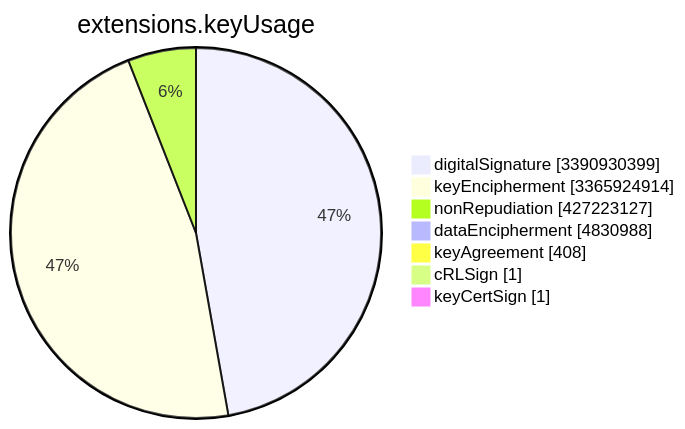
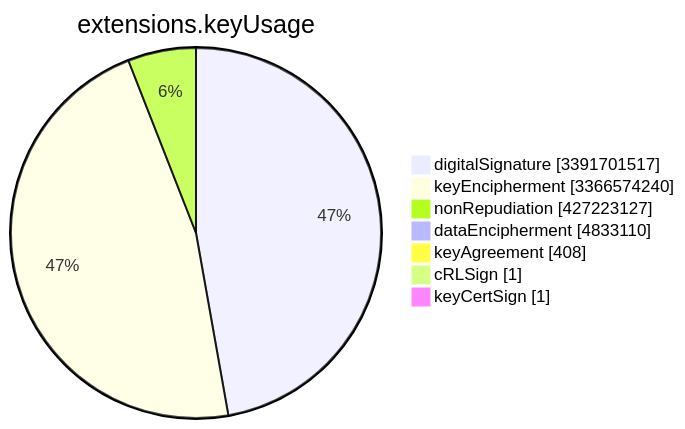
Before and after one commit to christiankrug/ctmonitor_visualization: the sixth of 15 diagrams in TOTAL/README.md, drawn with Mermaid. The commit also changed other lines of this file, not shown here.

````diff
--- a/TOTAL/README.md
+++ b/TOTAL/README.md
@@ -3080,11 +3080,11 @@
 ```mermaid
 pie showData
 title extensions.keyUsage
-"digitalSignature" :3390930399
-"keyEncipherment" :3365924914
+"digitalSignature" :3391701517
+"keyEncipherment" :3366574240
 "nonRepudiation" :427223127
-"dataEncipherment" :4830988
+"dataEncipherment" :4833110
 "keyAgreement" :408
 "cRLSign" :1
 "keyCertSign" :1
 ```
````
